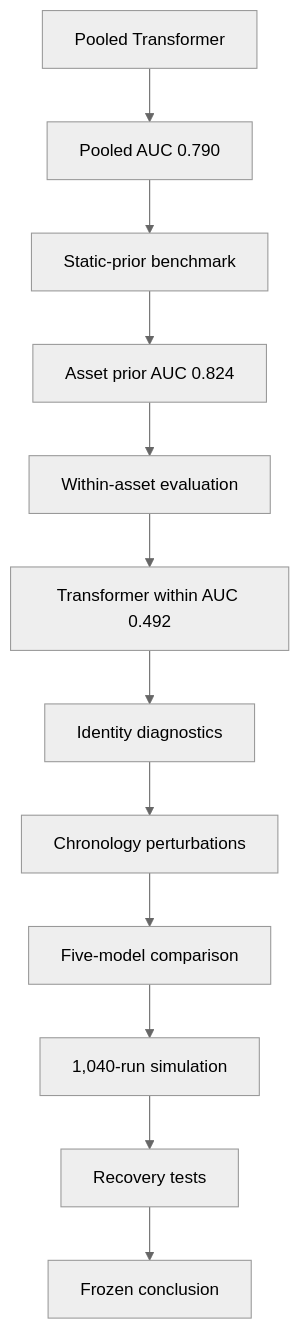
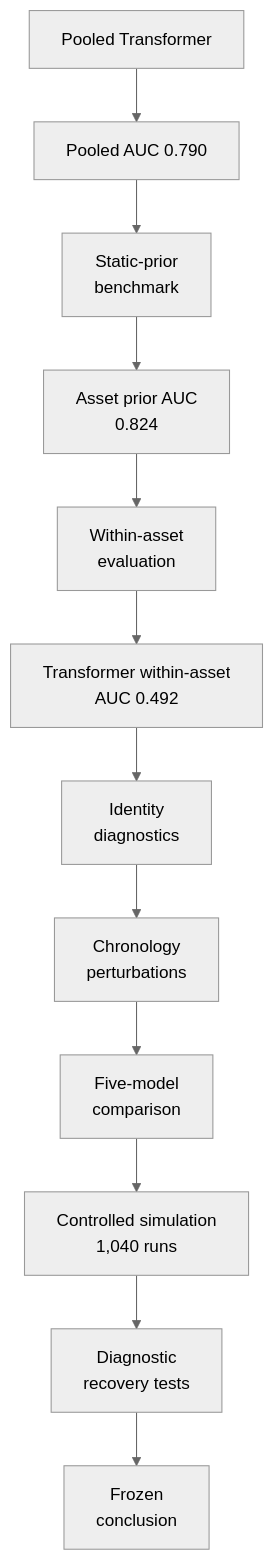
One commit to husaam-atq/MSc-financial-transformer-market-dynamics changed the first of 4 diagrams in README.md. Above: the diagram before and after it, drawn with Mermaid (neutral theme). The commit also changed other lines of this file and 12 other files, not shown here.

````diff
--- a/README.md
+++ b/README.md
@@ -120,14 +126,14 @@
 ```mermaid
 flowchart TD
     A["Pooled Transformer"] --> B["Pooled AUC 0.790"]
-    B --> C["Static-prior benchmark"]
-    C --> D["Asset prior AUC 0.824"]
-    D --> E["Within-asset evaluation"]
-    E --> F["Transformer within AUC 0.492"]
-    F --> G["Identity diagnostics"]
-    G --> H["Chronology perturbations"]
-    H --> I["Five-model comparison"]
-    I --> J["1,040-run simulation"]
-    J --> K["Recovery tests"]
-    K --> L["Frozen conclusion"]
+    B --> C["Static-prior<br/>benchmark"]
+    C --> D["Asset prior AUC<br/>0.824"]
+    D --> E["Within-asset<br/>evaluation"]
+    E --> F["Transformer within-asset<br/>AUC 0.492"]
+    F --> G["Identity<br/>diagnostics"]
+    G --> H["Chronology<br/>perturbations"]
+    H --> I["Five-model<br/>comparison"]
+    I --> J["Controlled simulation<br/>1,040 runs"]
+    J --> K["Diagnostic<br/>recovery tests"]
+    K --> L["Frozen<br/>conclusion"]
 ```
````
